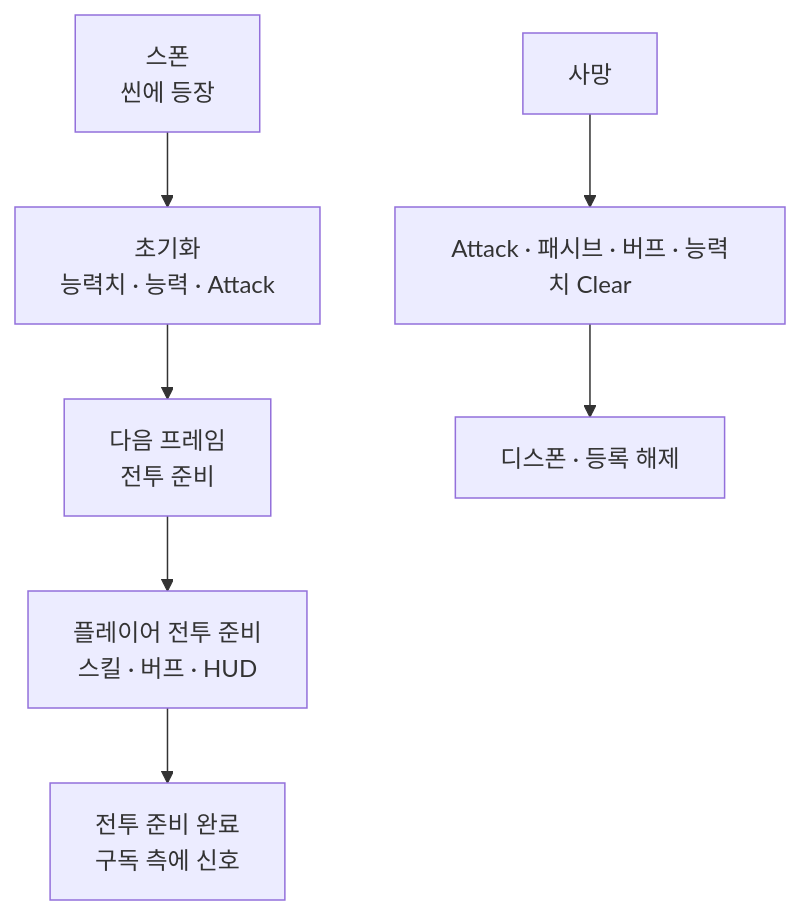
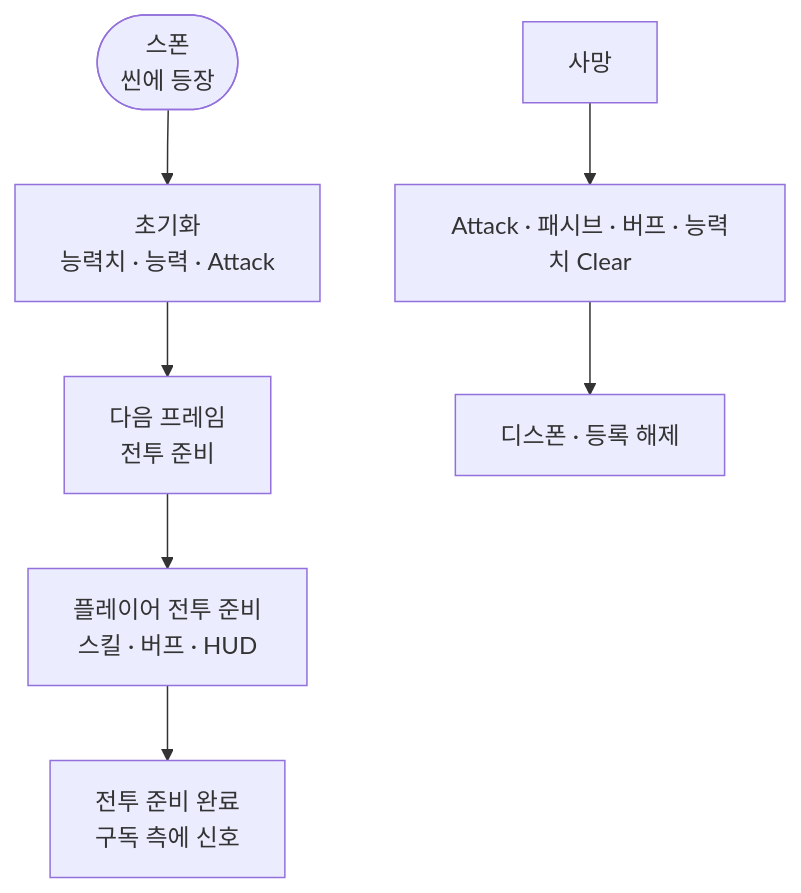
The diagram in notes/dragon-combat-character.md (monet5379/monet5379.github.io), drawn with Mermaid before and after one commit. The commit also changed 7 other files, not shown here.

Commit message:
fix(notes): dragon-combat How Mermaid visual contract

````diff
--- a/notes/dragon-combat-character.md
+++ b/notes/dragon-combat-character.md
@@ -47,9 +47,10 @@
 ```mermaid
 flowchart TD
-  SP["스폰<br/>씬에 등장"] --> IN["초기화<br/>능력치 · 능력 · Attack"]
+  SP(["스폰<br/>씬에 등장"])
+  SP --> IN["초기화<br/>능력치 · 능력 · Attack"]
   IN --> RD["다음 프레임<br/>전투 준비"]
   RD --> PL["플레이어 전투 준비<br/>스킬 · 버프 · HUD"]
   PL --> EV["전투 준비 완료<br/>구독 측에 신호"]
   DT["사망"] --> CL["Attack · 패시브 · 버프 · 능력치 Clear"]
   CL --> DS["디스폰 · 등록 해제"]
 ```
````
